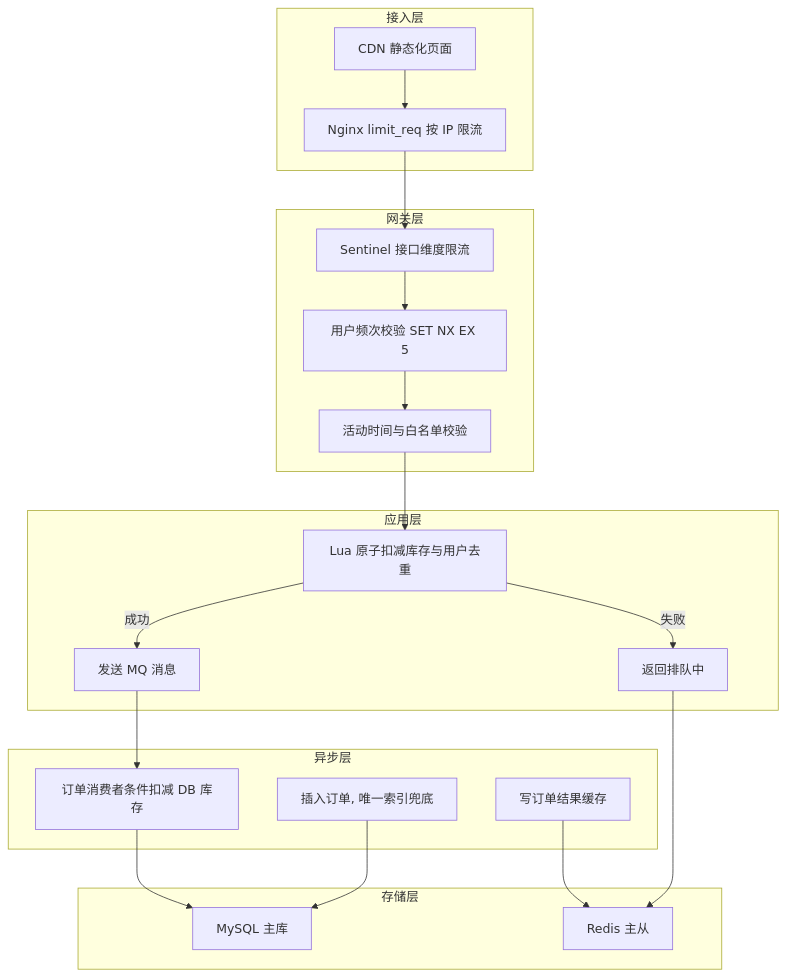
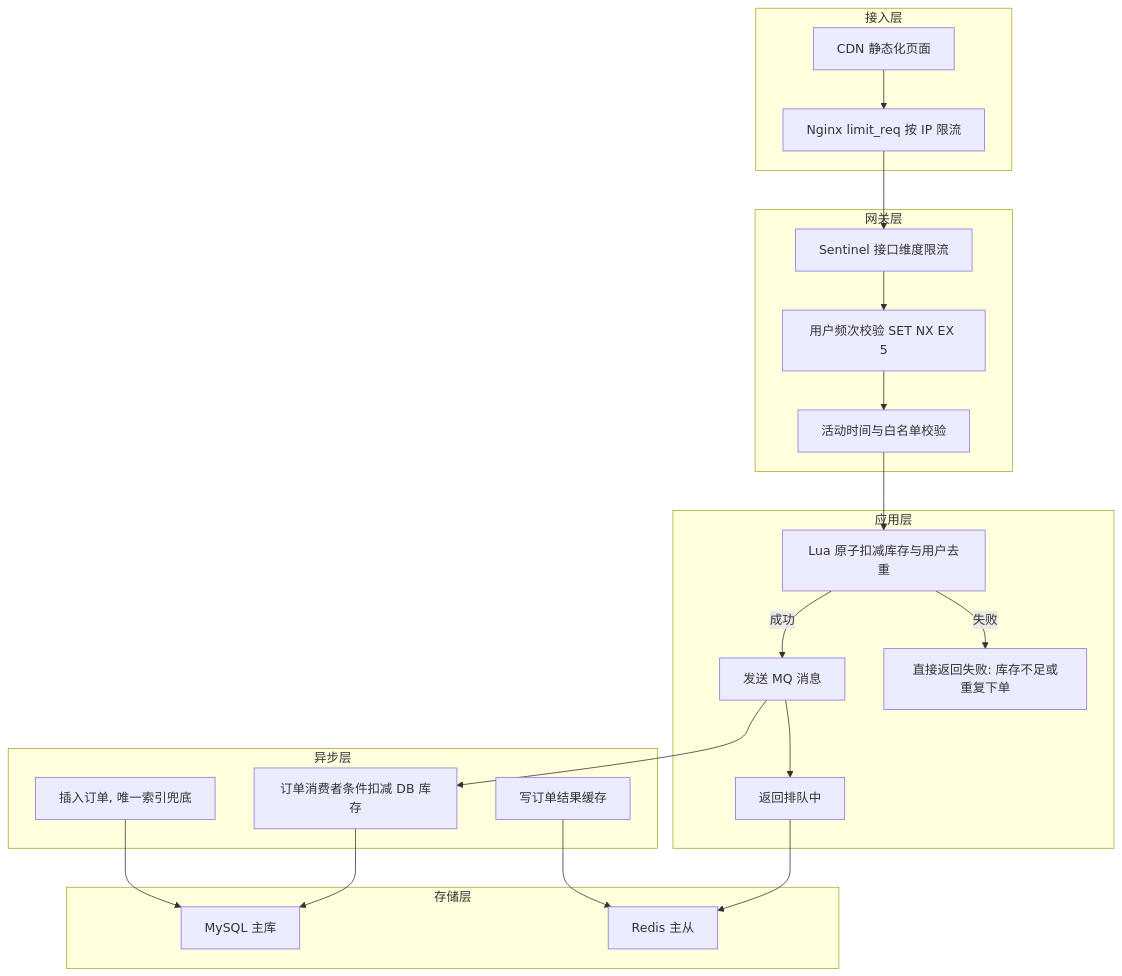
One commit to jacketan/java-interview changed the ninth of 9 diagrams in 05-database/06-Redis实战与分布式锁.md. Above: the diagram before and after it, drawn with Mermaid. The commit also changed other lines of this file and 38 other files, not shown here.

````diff
--- a/05-database/06-Redis实战与分布式锁.md
+++ b/05-database/06-Redis实战与分布式锁.md
@@ -1076,38 +1077,40 @@
 ```mermaid
 flowchart TD
   subgraph L1["接入层"]
     A1["CDN 静态化页面"]
     A2["Nginx limit_req 按 IP 限流"]
   end
   subgraph L2["网关层"]
     B1["Sentinel 接口维度限流"]
     B2["用户频次校验 SET NX EX 5"]
     B3["活动时间与白名单校验"]
   end
   subgraph L3["应用层"]
     C1["Lua 原子扣减库存与用户去重"]
     C2["发送 MQ 消息"]
     C3["返回排队中"]
+    C4["直接返回失败: 库存不足或重复下单"]
   end
   subgraph L4["异步层"]
     D1["订单消费者条件扣减 DB 库存"]
     D2["插入订单, 唯一索引兜底"]
     D3["写订单结果缓存"]
   end
   subgraph L5["存储层"]
     E1["MySQL 主库"]
     E2["Redis 主从"]
   end
   A1 --> A2
   A2 --> B1
   B1 --> B2
   B2 --> B3
   B3 --> C1
   C1 -->|"成功"| C2
-  C1 -->|"失败"| C3
+  C2 --> C3
+  C1 -->|"失败"| C4
   C2 --> D1
   C3 --> E2
   D1 --> E1
   D2 --> E1
   D3 --> E2
 ```
````
